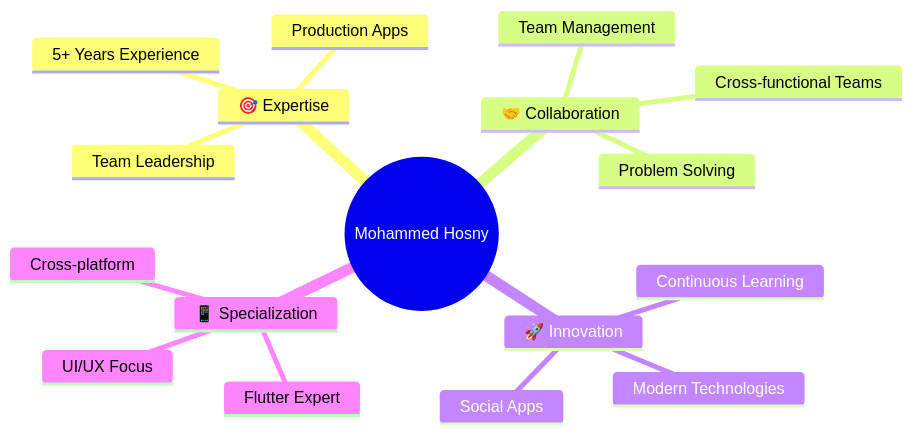
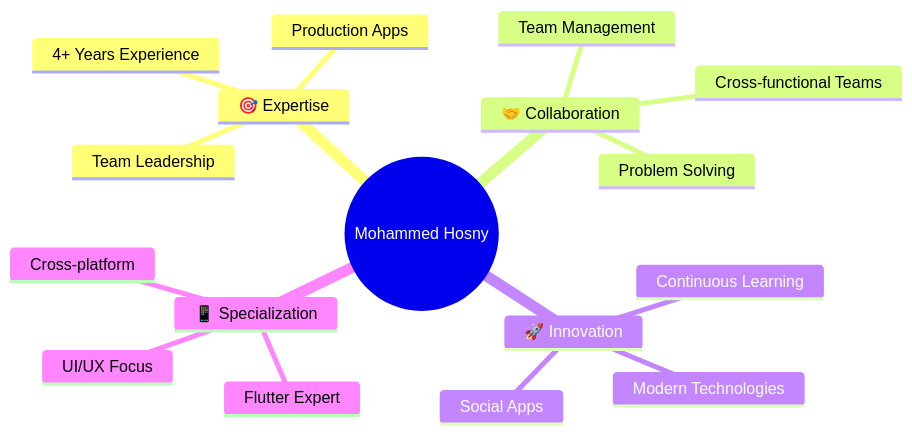
One commit to MohammedHosny2002/MohammedHosny2002 changed the fourth of 4 diagrams in README.md. Above: the diagram before and after it, drawn with Mermaid. The commit also changed other lines of this file, not shown here.

````diff
--- a/README.md
+++ b/README.md
@@ -382,20 +382,20 @@
 ```mermaid
 mindmap
   root((Mohammed Hosny))
     🎯 Expertise
-      5+ Years Experience
+      4+ Years Experience
       Production Apps
       Team Leadership
     🤝 Collaboration
       Team Management
       Cross-functional Teams
       Problem Solving
     🚀 Innovation
       Social Apps
       Modern Technologies
       Continuous Learning
     📱 Specialization
       Flutter Expert
       Cross-platform
       UI/UX Focus
 ```
````
